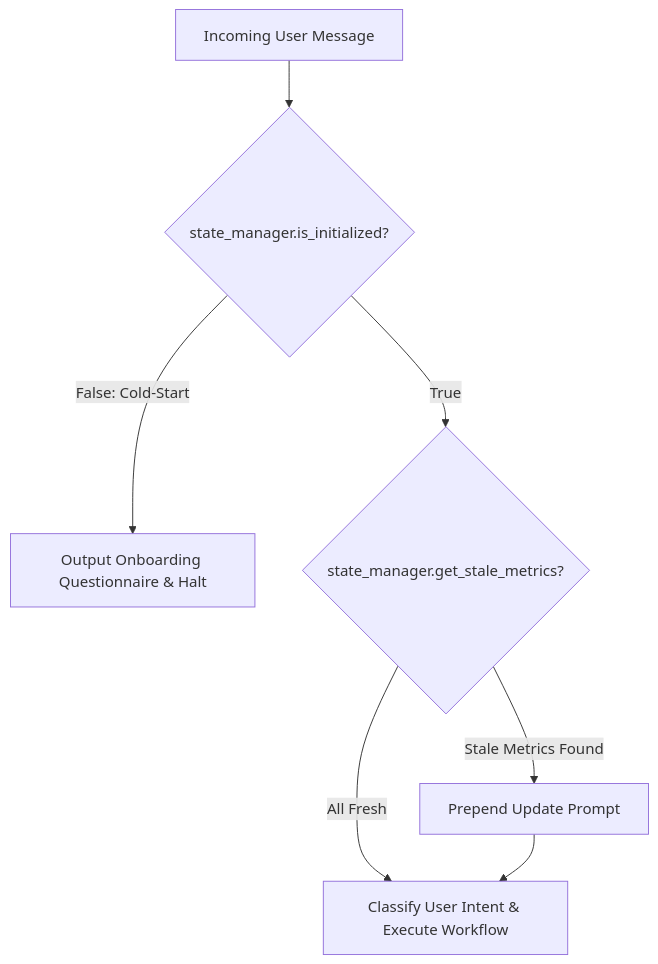
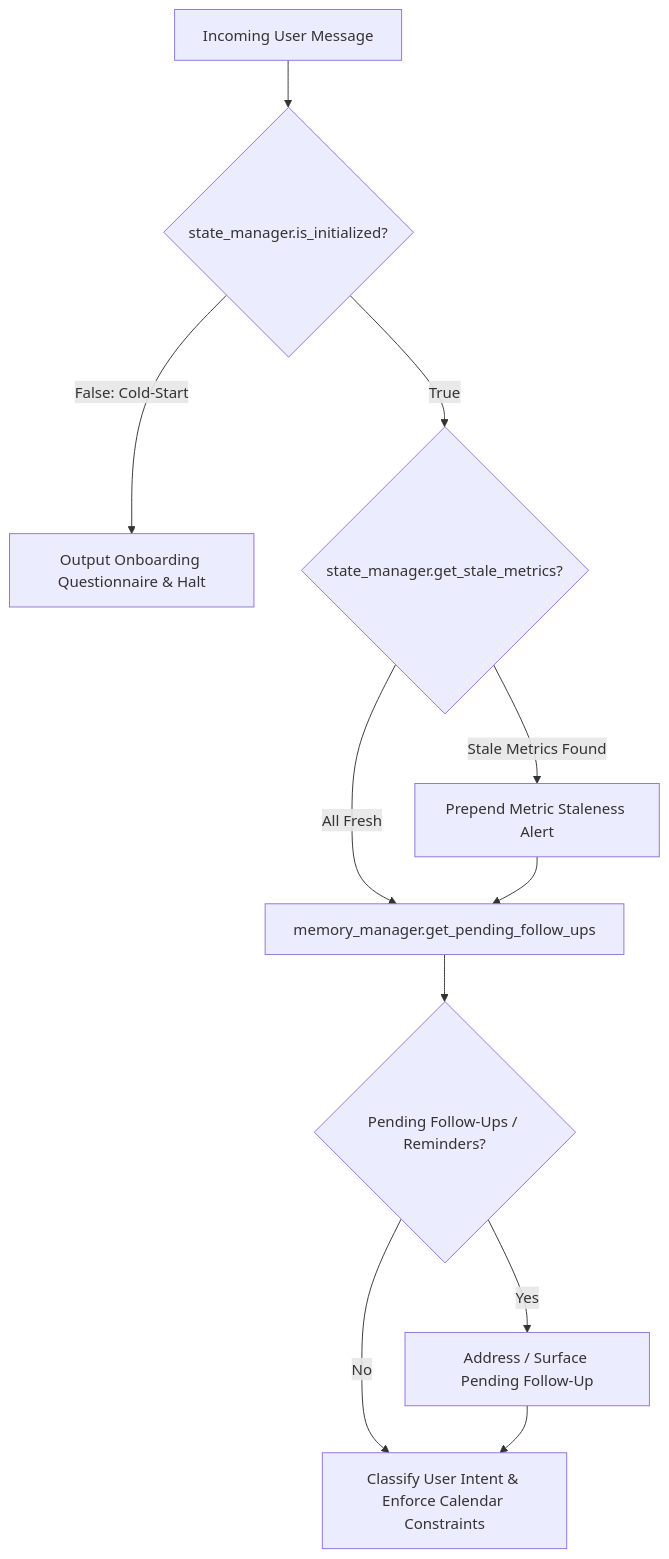
The diagram in coach_engine/agent_instructions.md (federicoporpora/intervals-icu-coach), drawn with Mermaid before and after one commit. The commit also changed other lines of this file and 16 other files, not shown here.

Commit message:
feat: integrate external iCal calendar sync, commute buffers, and memory manager

````diff
--- a/coach_engine/agent_instructions.md
+++ b/coach_engine/agent_instructions.md
@@ -22,9 +25,13 @@
 ```mermaid
 graph TD
     Start[Incoming User Message] --> CheckInit{state_manager.is_initialized?}
     CheckInit -->|False: Cold-Start| Onboarding[Output Onboarding Questionnaire & Halt]
     CheckInit -->|True| CheckStale{state_manager.get_stale_metrics?}
-    CheckStale -->|Stale Metrics Found| PrependStaleWarning[Prepend Update Prompt]
-    CheckStale -->|All Fresh| ClassifyIntent[Classify User Intent & Execute Workflow]
-    PrependStaleWarning --> ClassifyIntent
+    CheckStale -->|Stale Metrics Found| PrependStaleWarning[Prepend Metric Staleness Alert]
+    CheckStale -->|All Fresh| CheckMemory[memory_manager.get_pending_follow_ups]
+    PrependStaleWarning --> CheckMemory
+    CheckMemory --> HasPending{Pending Follow-Ups / Reminders?}
+    HasPending -->|Yes| PrependFollowUp[Address / Surface Pending Follow-Up]
+    HasPending -->|No| ClassifyIntent[Classify User Intent & Enforce Calendar Constraints]
+    PrependFollowUp --> ClassifyIntent
 ```
````
